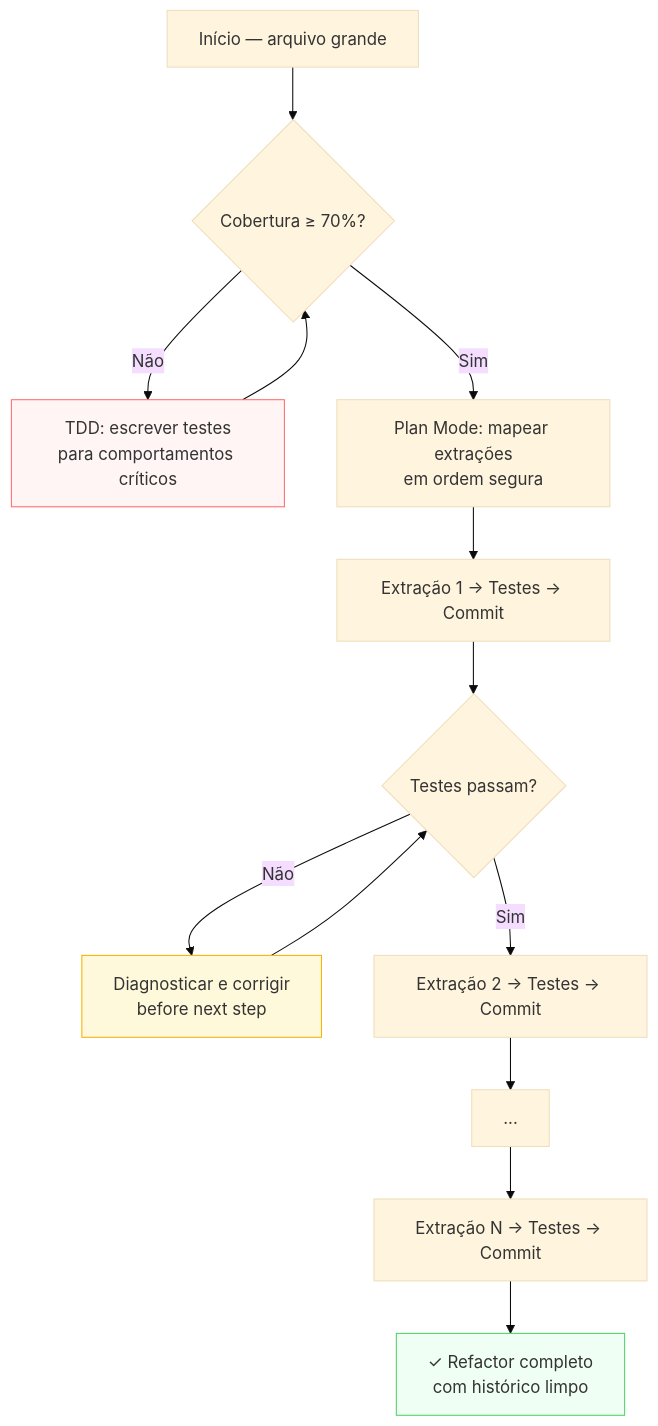
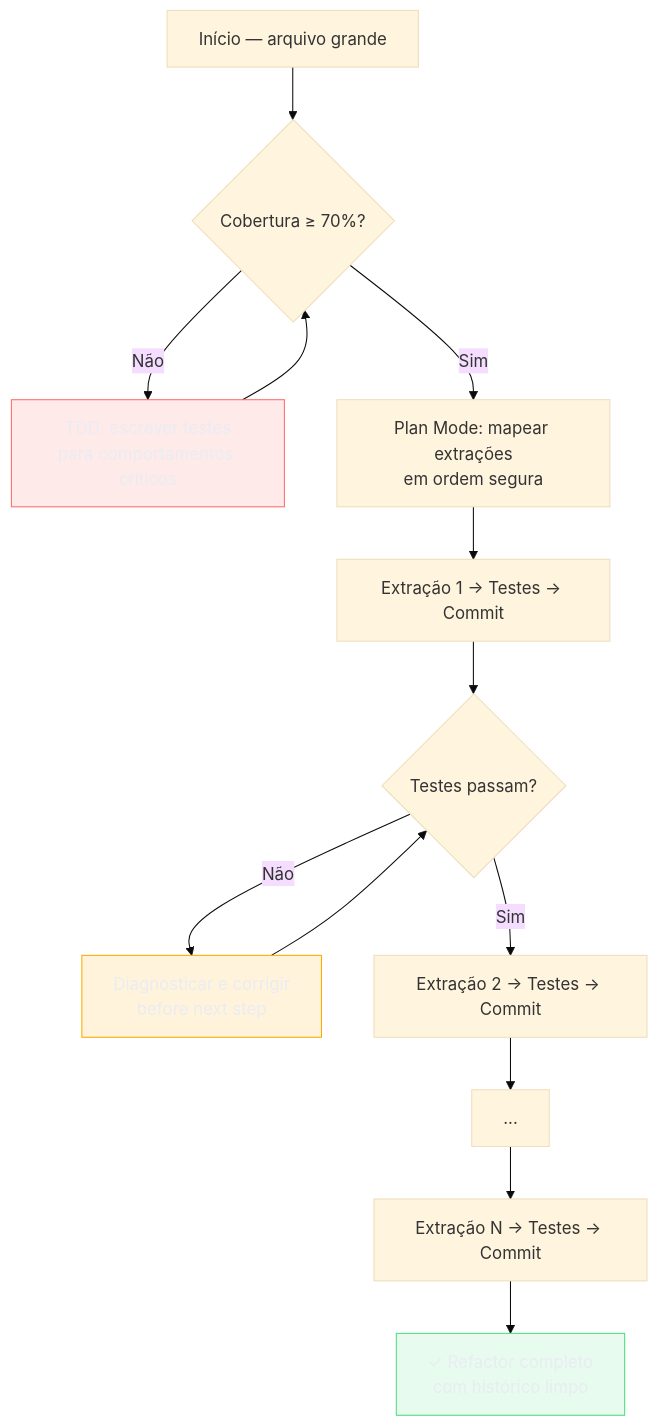
One commit to josenaldo/codex-technomanticus changed the diagram in 03-Dominios/Tecnologia/IA/Claude Code/Workflows/03 - Refactoring pesado.md. Above: the diagram before and after it, drawn with Mermaid (base theme). The commit also changed 1181 other files, not shown here.

First line of the commit message:
fix(diagramas): paleta do sistema no lugar de cor cravada no markdown

````diff
--- a/03-Dominios/Tecnologia/IA/Claude Code/Workflows/03 - Refactoring pesado.md
+++ b/03-Dominios/Tecnologia/IA/Claude Code/Workflows/03 - Refactoring pesado.md
@@ -43,19 +43,22 @@
 ```mermaid
 flowchart TD
+    classDef falha fill:#FF6B6B24,stroke:#FF6B6B,color:#E9ECF2
+    classDef ok fill:#4ADE8021,stroke:#4ADE80,color:#E9ECF2
+    classDef destaque fill:#FFAA0024,stroke:#FFAA00,color:#E9ECF2
     A[Início — arquivo grande] --> B{Cobertura ≥ 70%?}
     B -- Não --> C[TDD: escrever testes\npara comportamentos críticos]
     C --> B
     B -- Sim --> D[Plan Mode: mapear extrações\nem ordem segura]
     D --> E[Extração 1 → Testes → Commit]
     E --> F{Testes passam?}
     F -- Não --> G[Diagnosticar e corrigir\nbefore next step]
     G --> F
     F -- Sim --> H[Extração 2 → Testes → Commit]
     H --> I[...]
     I --> J[Extração N → Testes → Commit]
     J --> K[✓ Refactor completo\ncom histórico limpo]
 
-    style C fill:#fff5f5,stroke:#ff6b6b
-    style K fill:#f0fff4,stroke:#51cf66
-    style G fill:#fff9db,stroke:#fab005
+    class C falha
+    class K ok
+    class G destaque
 ```
````
